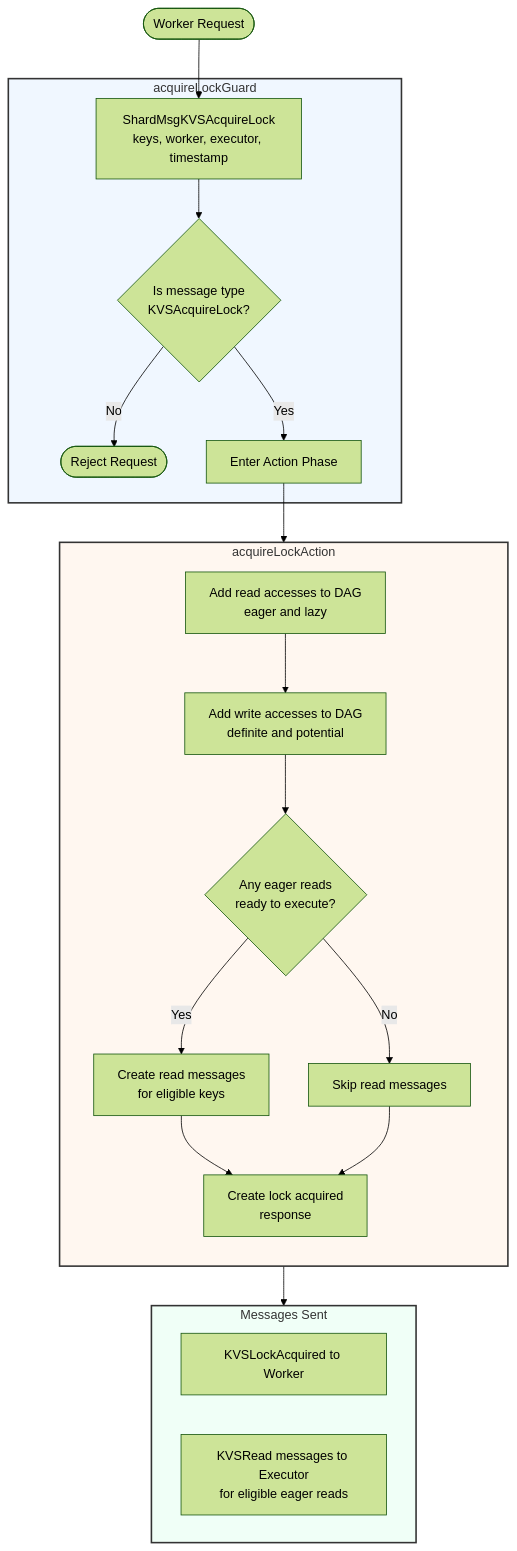
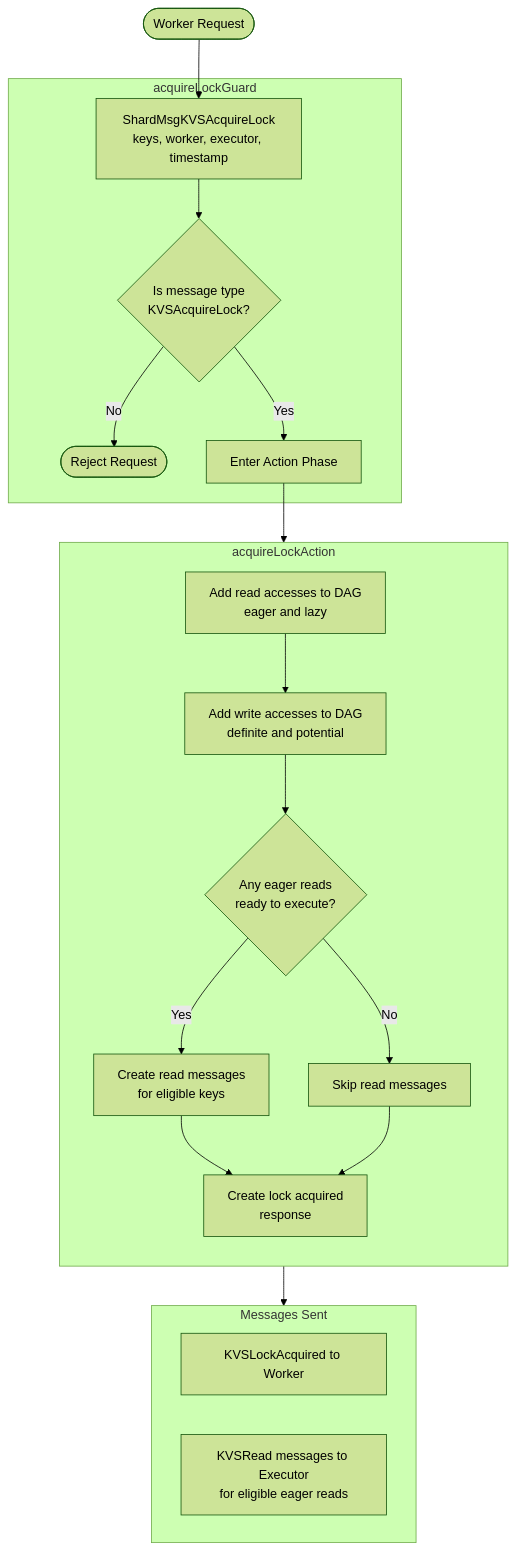
The first of 4 diagrams in docs/arch/node/engines/shard_behaviour.juvix.md (anoma/nspec), drawn with Mermaid (forest theme) before and after one commit. The commit also changed other lines of this file and 2 other files, not shown here.

Commit message:
Refactor documentation for shard engine: streamline message types, enhance clarity in flowcharts, and improve overall readability. Updated message sequence diagrams and removed redundant sections for better organization.

````diff
--- a/docs/arch/node/engines/shard_behaviour.juvix.md
+++ b/docs/arch/node/engines/shard_behaviour.juvix.md
@@ -40,33 +40,29 @@
 ```mermaid
 flowchart TD
     Start([Worker Request]) --> MsgReq[ShardMsgKVSAcquireLock<br/>keys, worker, executor, timestamp]
 
     subgraph Guard["acquireLockGuard"]
         MsgReq --> ValidType{Is message type<br/>KVSAcquireLock?}
         ValidType -->|No| Reject([Reject Request])
         ValidType -->|Yes| ActionEntry[Enter Action Phase]
     end
 
     ActionEntry --> Action
 
     subgraph Action["acquireLockAction"]
         direction TB
         AddReads[Add read accesses to DAG<br/>eager and lazy]
         AddReads --> AddWrites[Add write accesses to DAG<br/>definite and potential]
         AddWrites --> CheckEager{Any eager reads<br/>ready to execute?}
         CheckEager -->|Yes| PrepReadMsgs[Create read messages<br/>for eligible keys]
         CheckEager -->|No| SkipReads[Skip read messages]
         PrepReadMsgs & SkipReads --> PrepareLockAck[Create lock acquired<br/>response]
     end
 
     PrepareLockAck --> Msgs[Send Messages]
 
     subgraph Msgs["Messages Sent"]
         LockAck[KVSLockAcquired to Worker]
         ReadMsgs[KVSRead messages to Executor<br/>for eligible eager reads]
     end
-
-    style Guard fill:#f0f7ff,stroke:#333,stroke-width:2px
-    style Action fill:#fff7f0,stroke:#333,stroke-width:2px
-    style Msgs fill:#f0fff7,stroke:#333,stroke-width:2px
 ```
````
